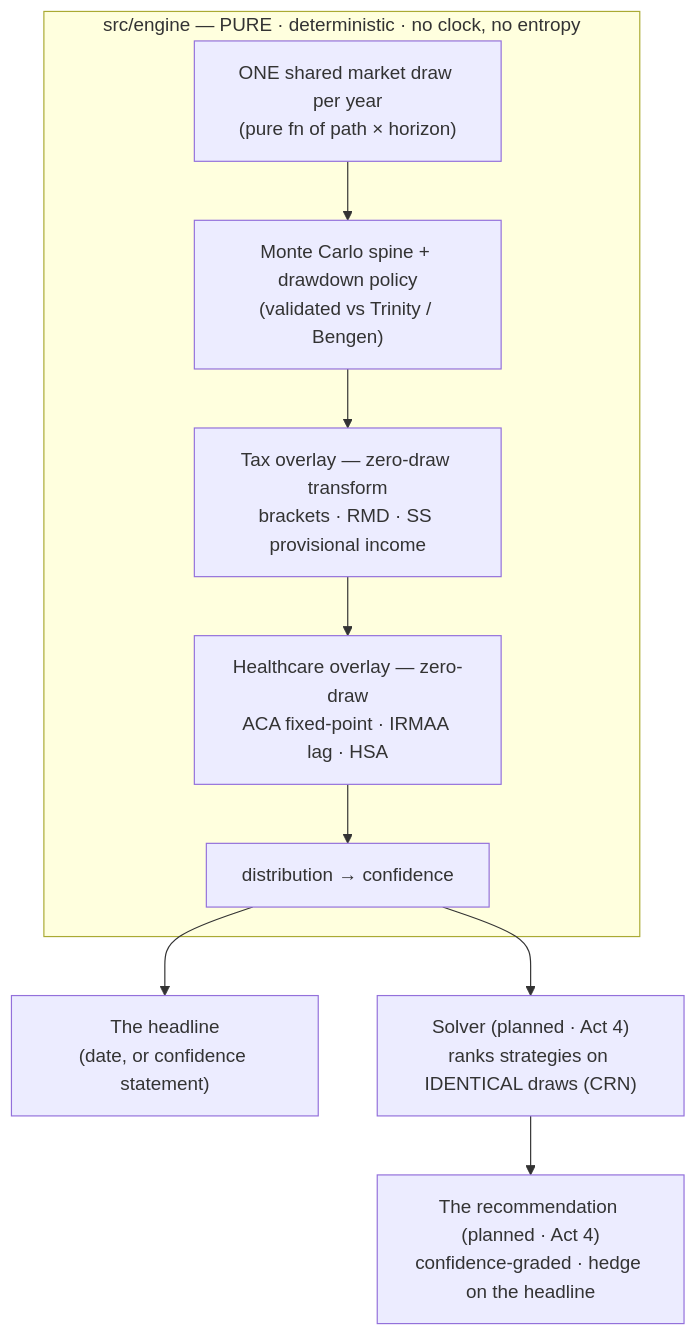
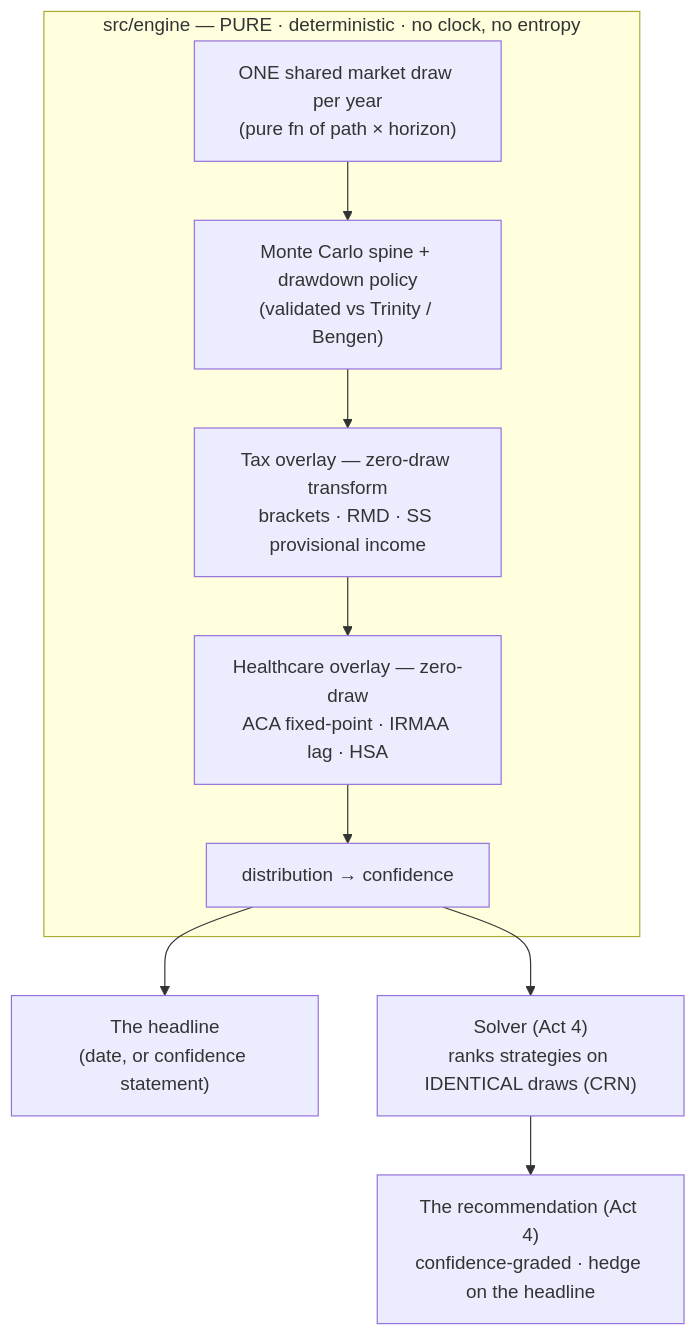
One commit to mbriggsy/ai-learning-journey changed the diagram in projects/the-back-nine/README.md. Above: the diagram before and after it, drawn with Mermaid. The commit also changed other lines of this file and 69 other files, not shown here.

````diff
--- a/projects/the-back-nine/README.md
+++ b/projects/the-back-nine/README.md
@@ -38,13 +40,13 @@
 ```mermaid
 flowchart TD
     subgraph Engine["src/engine — PURE · deterministic · no clock, no entropy"]
       DRAW["ONE shared market draw per year<br/>(pure fn of path × horizon)"]
       SPINE["Monte Carlo spine + drawdown policy<br/>(validated vs Trinity / Bengen)"]
       TAX["Tax overlay — zero-draw transform<br/>brackets · RMD · SS provisional income"]
       HEALTH["Healthcare overlay — zero-draw<br/>ACA fixed-point · IRMAA lag · HSA"]
       DRAW --> SPINE --> TAX --> HEALTH --> DIST["distribution → confidence"]
     end
     DIST --> ANS["The headline<br/>(date, or confidence statement)"]
-    DIST --> SOLVER["Solver (planned · Act 4)<br/>ranks strategies on IDENTICAL draws (CRN)"]
-    SOLVER --> REC["The recommendation (planned · Act 4)<br/>confidence-graded · hedge on the headline"]
+    DIST --> SOLVER["Solver (Act 4)<br/>ranks strategies on IDENTICAL draws (CRN)"]
+    SOLVER --> REC["The recommendation (Act 4)<br/>confidence-graded · hedge on the headline"]
 ```
````
